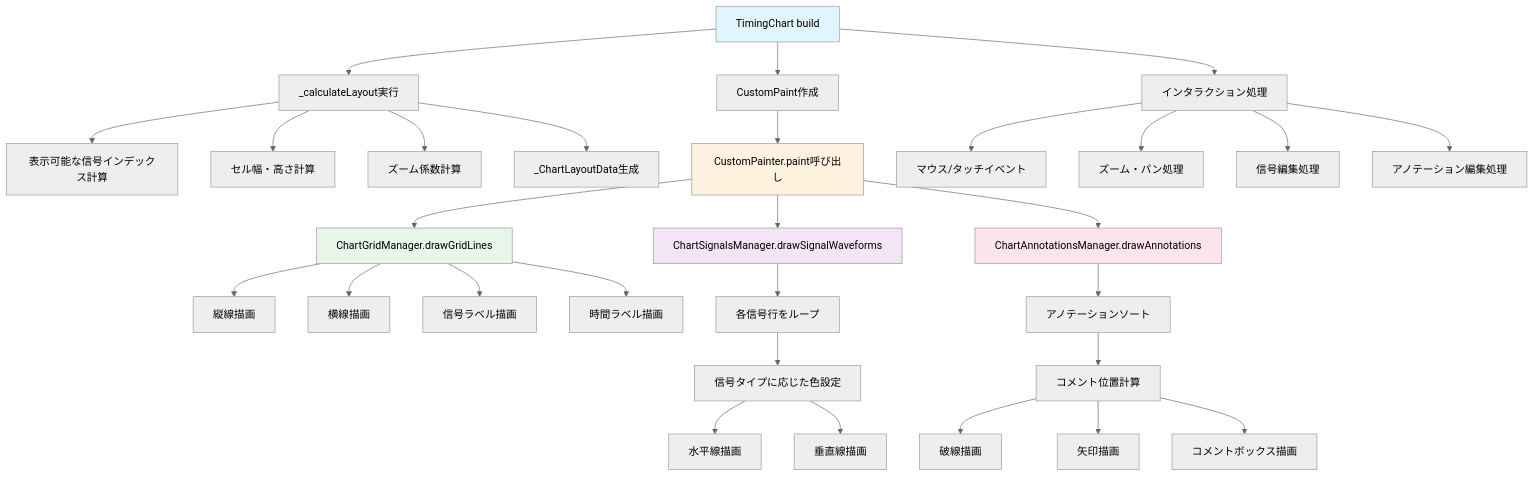
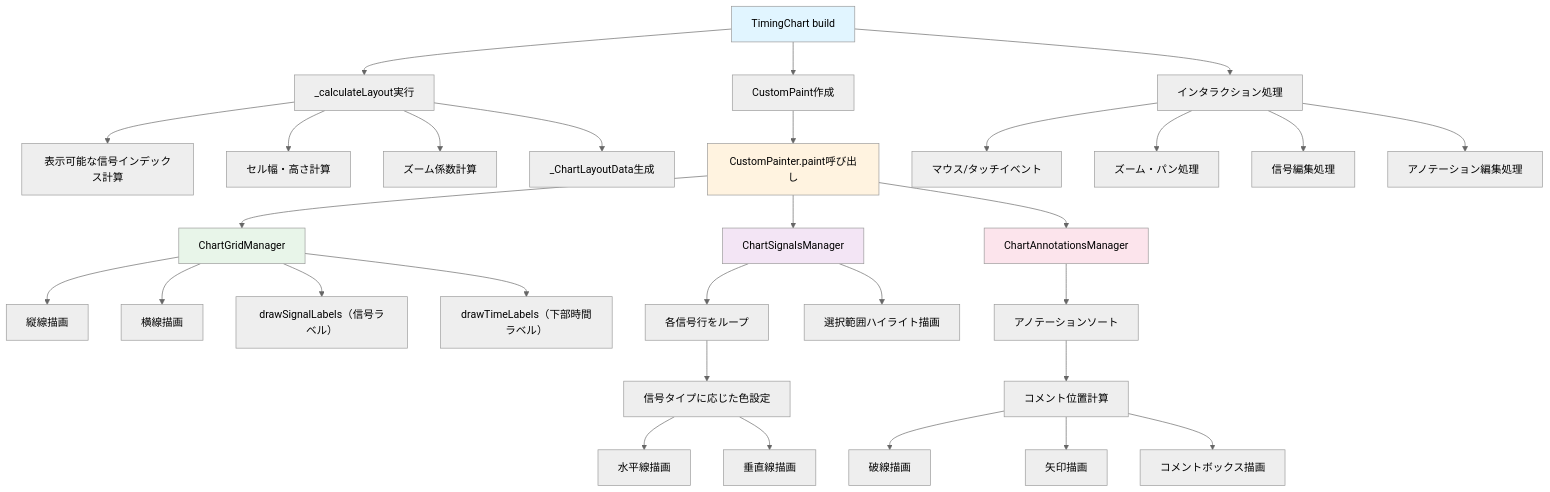
The diagram in widgets_flowcharts/chart/timing_chart.md (visco-ysugimoto/TimingChart), drawn with Mermaid (neutral theme) before and after one commit. The commit also changed other lines of this file and 35 other files, not shown here.

Commit message:
Update timing chart editing and flowchart docs

````diff
--- a/widgets_flowcharts/chart/timing_chart.md
+++ b/widgets_flowcharts/chart/timing_chart.md
@@ -14,42 +32,43 @@
 ```mermaid
 flowchart TD
     A[TimingChart build] --> B[_calculateLayout実行]
     B --> C[表示可能な信号インデックス計算]
     B --> D[セル幅・高さ計算]
     B --> E[ズーム係数計算]
     B --> F[_ChartLayoutData生成]
     
     A --> G[CustomPaint作成]
     G --> H[CustomPainter.paint呼び出し]
     
-    H --> I[ChartGridManager.drawGridLines]
+    H --> I[ChartGridManager]
     I --> I1[縦線描画]
     I --> I2[横線描画]
-    I --> I3[信号ラベル描画]
-    I --> I4[時間ラベル描画]
+    I --> I3[drawSignalLabels（信号ラベル）]
+    I --> I4[drawTimeLabels（下部時間ラベル）]
     
-    H --> J[ChartSignalsManager.drawSignalWaveforms]
+    H --> J[ChartSignalsManager]
     J --> J1[各信号行をループ]
     J1 --> J2[信号タイプに応じた色設定]
     J2 --> J3[水平線描画]
     J2 --> J4[垂直線描画]
+    J --> J5[選択範囲ハイライト描画]
     
-    H --> K[ChartAnnotationsManager.drawAnnotations]
+    H --> K[ChartAnnotationsManager]
     K --> K1[アノテーションソート]
     K1 --> K2[コメント位置計算]
     K2 --> K3[破線描画]
     K2 --> K4[矢印描画]
     K2 --> K5[コメントボックス描画]
     
     A --> L[インタラクション処理]
     L --> L1[マウス/タッチイベント]
     L --> L2[ズーム・パン処理]
     L --> L3[信号編集処理]
     L --> L4[アノテーション編集処理]
     
     style A fill:#e1f5ff
     style H fill:#fff3e0
     style I fill:#e8f5e9
     style J fill:#f3e5f5
     style K fill:#fce4ec
 ```
````
